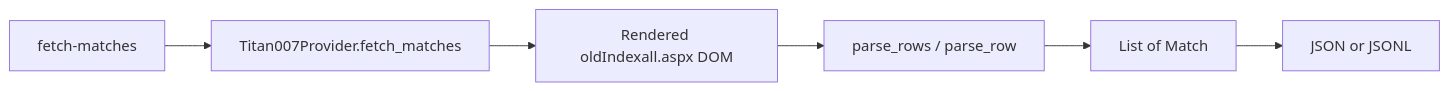
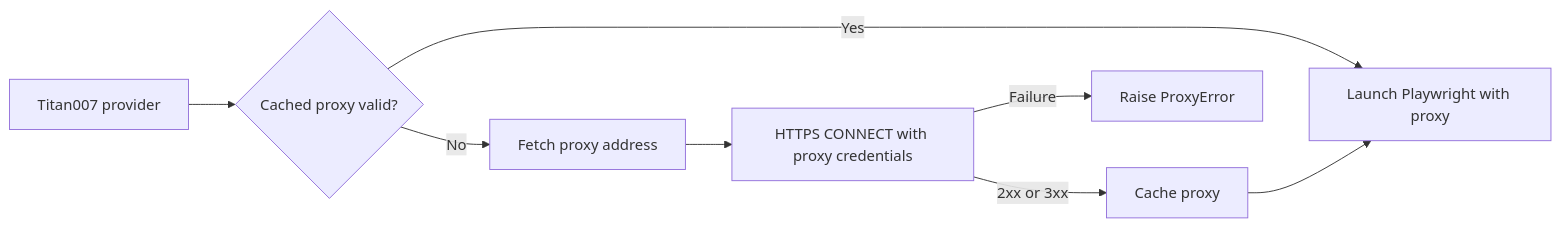
Before and after one commit to adam-zou/football2607: the third of 4 diagrams in docs/architecture/code-flow.md, drawn with Mermaid. The commit also changed other lines of this file and 36 other files, not shown here.

````diff
--- a/docs/architecture/code-flow.md
+++ b/docs/architecture/code-flow.md
@@ -135,8 +202,10 @@
 ```mermaid
 flowchart LR
-    CLI["fetch-matches"] --> Provider["Titan007Provider.fetch_matches"]
-    Provider --> Browser["Rendered oldIndexall.aspx DOM"]
-    Browser --> Parser["parse_rows / parse_row"]
-    Parser --> Models["List of Match"]
-    Models --> Output["JSON or JSONL"]
+    Provider["Titan007 provider"] --> Cache{"Cached proxy valid?"}
+    Cache -->|Yes| Browser["Launch Playwright with proxy"]
+    Cache -->|No| Supplier["Fetch proxy address"]
+    Supplier --> Validate["HTTPS CONNECT with proxy credentials"]
+    Validate -->|2xx or 3xx| Store["Cache proxy"]
+    Store --> Browser
+    Validate -->|Failure| Error["Raise ProxyError"]
 ```
````
